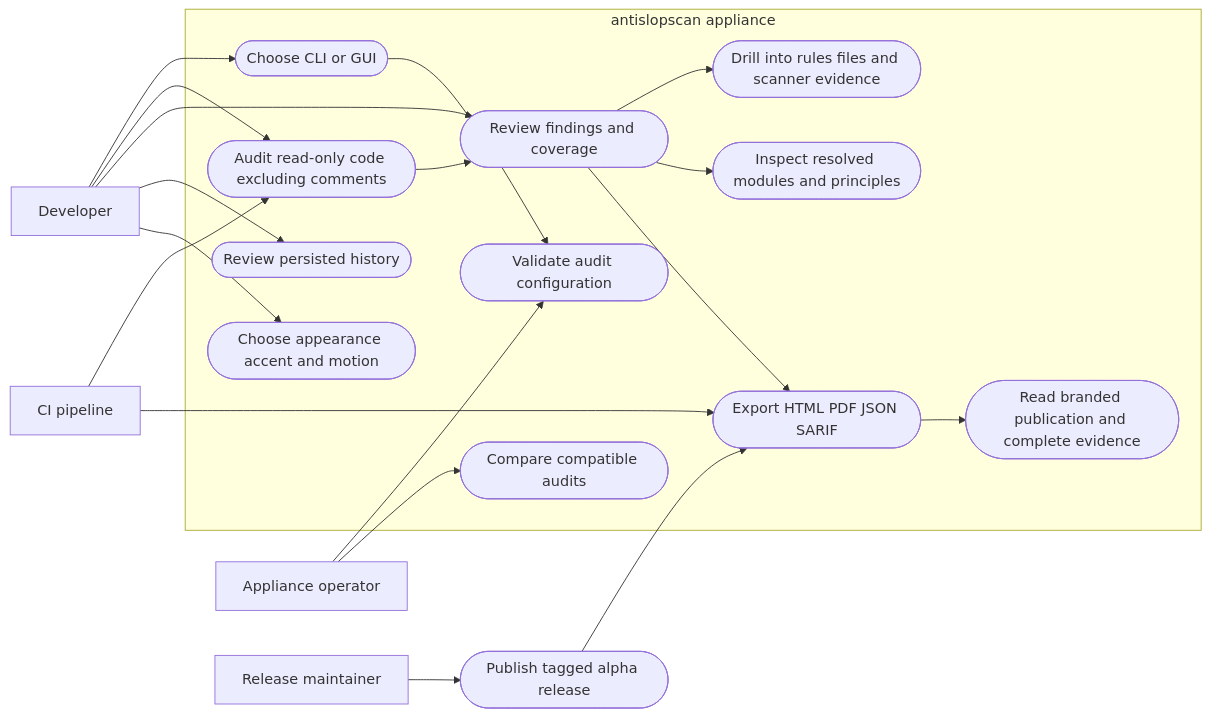
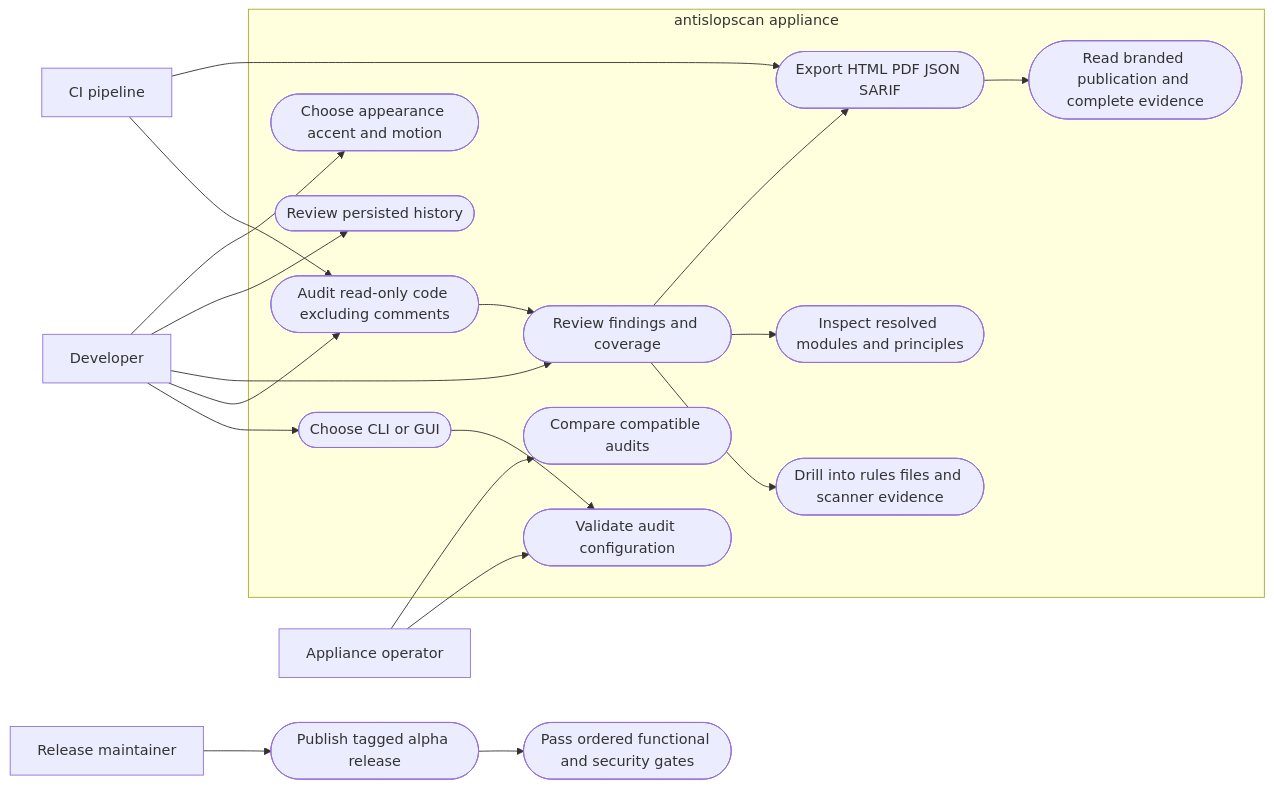
One commit to jfscoertzen/AntiSlopScan changed the fifth of 7 diagrams in docs/ARCHITECTURE.md. Above: the diagram before and after it, drawn with Mermaid. The commit also changed other lines of this file and 84 other files, not shown here.

Commit message:
Release v1.0.0-alpha.2 with functional CI and Snyk security gates

````diff
--- a/docs/ARCHITECTURE.md
+++ b/docs/ARCHITECTURE.md
@@ -250,36 +487,36 @@
 ```mermaid
 flowchart LR
     developer[Developer]
     pipeline[CI pipeline]
     operator[Appliance operator]
     subgraph antislopscan[antislopscan appliance]
         mode([Choose CLI or GUI])
         configure([Validate audit configuration])
         audit([Audit read-only code excluding comments])
         evidence([Review findings and coverage])
         compare([Compare compatible audits])
         export([Export HTML PDF JSON SARIF])
         publication([Read branded publication and complete evidence])
         history([Review persisted history])
         drill([Drill into rules files and scanner evidence])
         theme([Choose appearance accent and motion])
         structure([Inspect resolved modules and principles])
     end
     developer --> mode
     mode --> configure
     developer --> audit
     developer --> evidence
     developer --> history
     developer --> theme
     evidence --> drill
     evidence --> structure
     pipeline --> audit
     pipeline --> export
     operator --> configure
     maintainer[Release maintainer] --> release([Publish tagged alpha release])
-    release --> export
+    release --> verification([Pass ordered functional and security gates])
     operator --> compare
     audit --> evidence
     evidence --> export
     export --> publication
 ```
````
